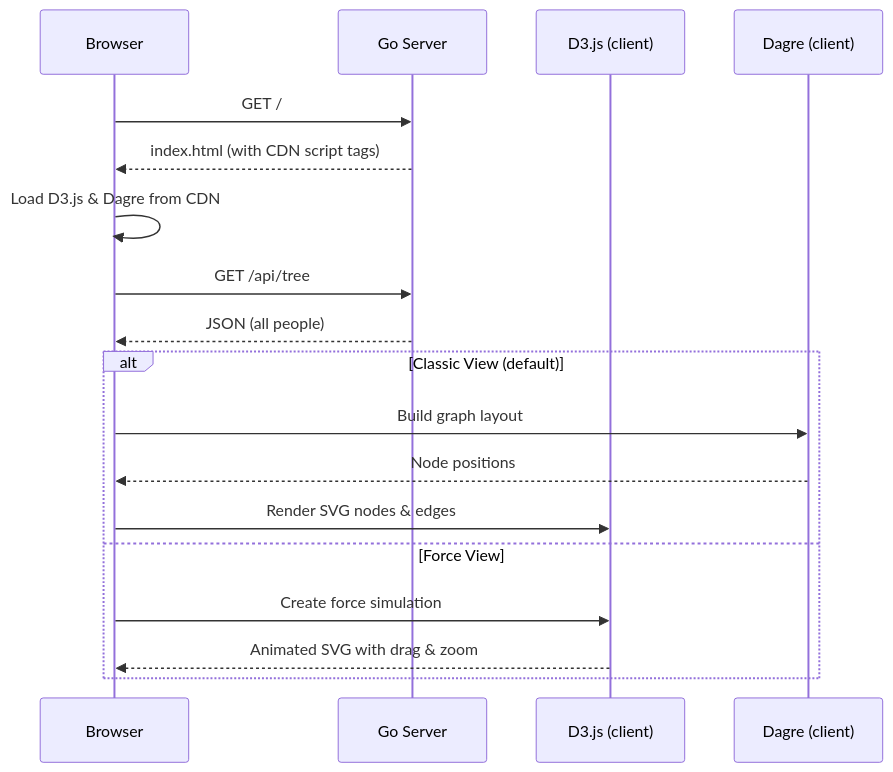
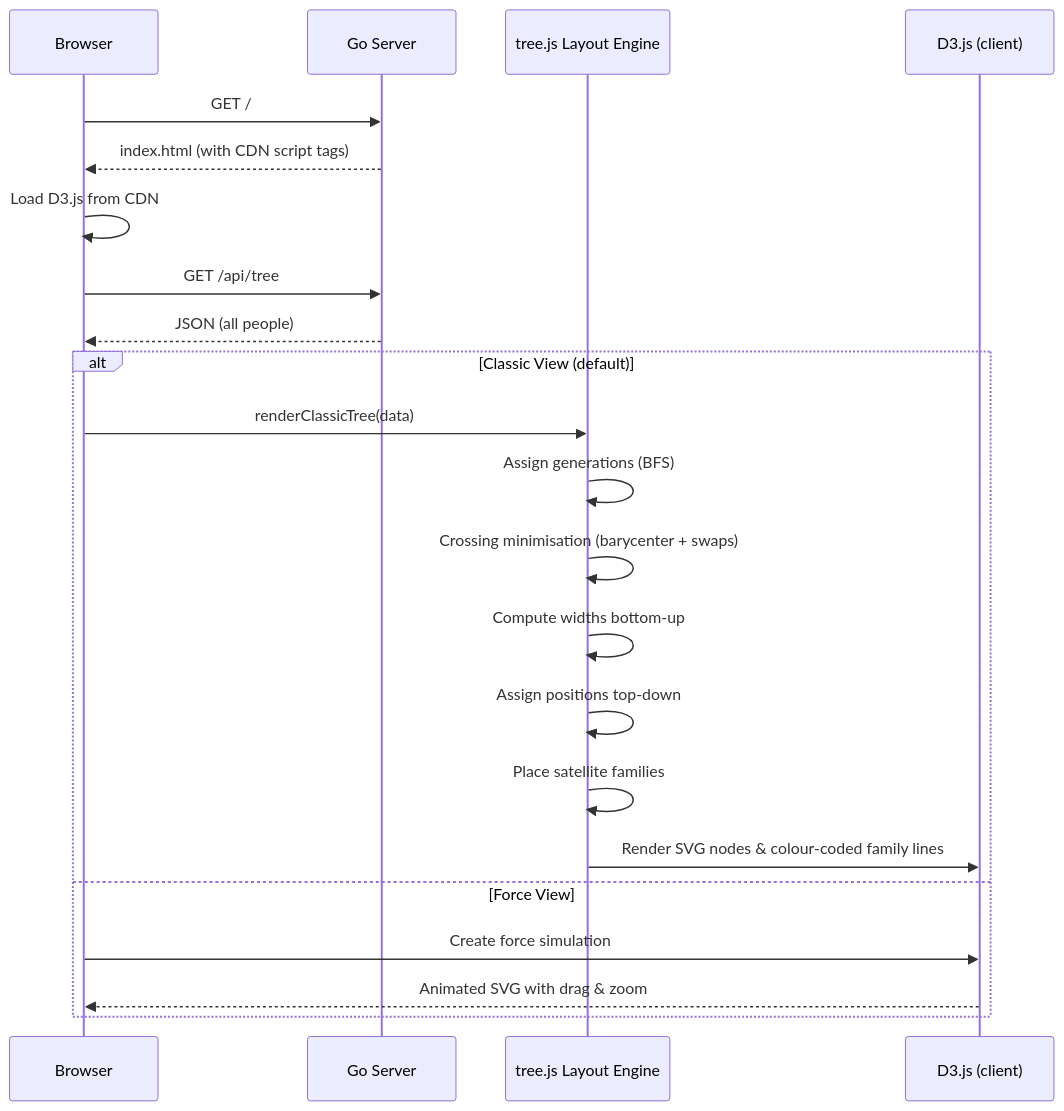
Before and after one commit to bjblazko/sippschaft: the fifth of 7 diagrams in doc/architecture.md, drawn with Mermaid. The commit also changed other lines of this file and 4 other files, not shown here.

First line of the commit message:
Implement Sugiyama-style tree layout and document rendering strategy

````diff
--- a/doc/architecture.md
+++ b/doc/architecture.md
@@ -197,21 +197,25 @@
 ```mermaid
 sequenceDiagram
     participant Browser
     participant Server as Go Server
+    participant Layout as tree.js Layout Engine
     participant D3 as D3.js (client)
-    participant Dagre as Dagre (client)
 
     Browser->>Server: GET /
     Server-->>Browser: index.html (with CDN script tags)
-    Browser->>Browser: Load D3.js & Dagre from CDN
+    Browser->>Browser: Load D3.js from CDN
     Browser->>Server: GET /api/tree
     Server-->>Browser: JSON (all people)
     alt Classic View (default)
-        Browser->>Dagre: Build graph layout
-        Dagre-->>Browser: Node positions
-        Browser->>D3: Render SVG nodes & edges
+        Browser->>Layout: renderClassicTree(data)
+        Layout->>Layout: Assign generations (BFS)
+        Layout->>Layout: Crossing minimisation (barycenter + swaps)
+        Layout->>Layout: Compute widths bottom-up
+        Layout->>Layout: Assign positions top-down
+        Layout->>Layout: Place satellite families
+        Layout->>D3: Render SVG nodes & colour-coded family lines
     else Force View
         Browser->>D3: Create force simulation
         D3-->>Browser: Animated SVG with drag & zoom
     end
 ```
````
